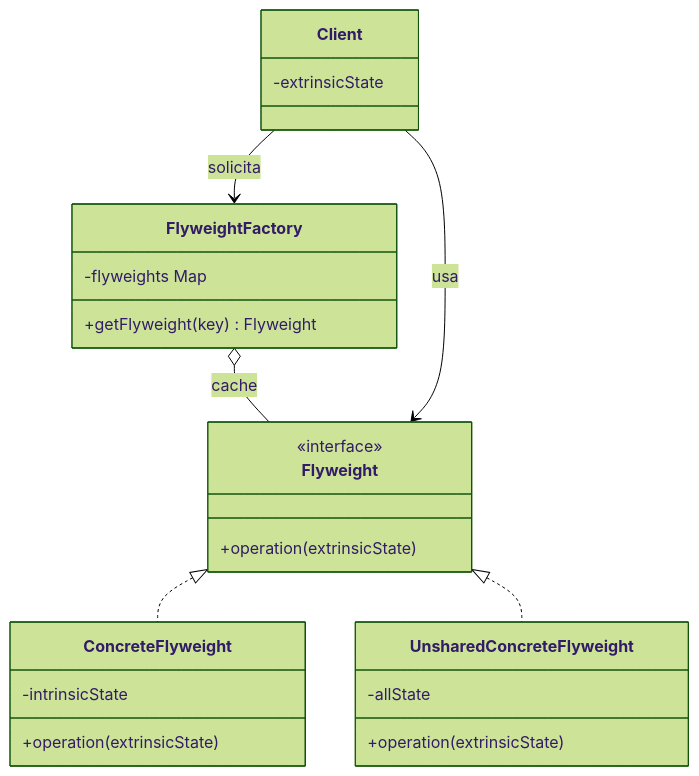
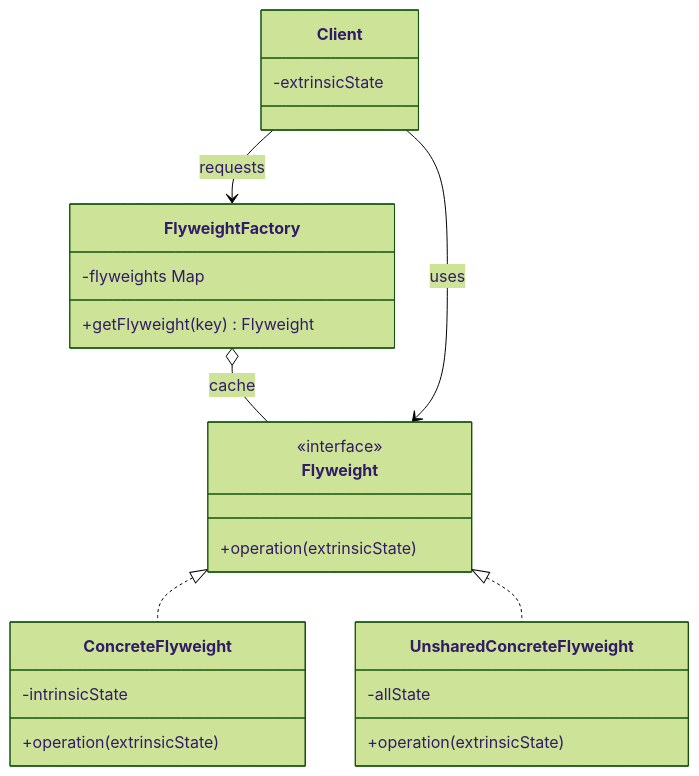
One commit to alancesar/design-patterns changed the diagram in docs/coding/gof/structural/flyweight.md. Above: the diagram before and after it, drawn with Mermaid (forest theme). The commit also changed 258 other files, not shown here.

First line of the commit message:
Translate Mermaid diagrams to English

````diff
--- a/docs/coding/gof/structural/flyweight.md
+++ b/docs/coding/gof/structural/flyweight.md
@@ -57,27 +57,27 @@
 ```mermaid
 classDiagram
     class Flyweight {
         <<interface>>
         +operation(extrinsicState)
     }
     class ConcreteFlyweight {
         -intrinsicState
         +operation(extrinsicState)
     }
     class UnsharedConcreteFlyweight {
         -allState
         +operation(extrinsicState)
     }
     class FlyweightFactory {
         -flyweights Map
         +getFlyweight(key) Flyweight
     }
     class Client {
         -extrinsicState
     }
     Flyweight <|.. ConcreteFlyweight
     Flyweight <|.. UnsharedConcreteFlyweight
     FlyweightFactory o-- Flyweight : cache
-    Client --> FlyweightFactory : solicita
-    Client --> Flyweight : usa
+    Client --> FlyweightFactory : requests
+    Client --> Flyweight : uses
 ```
````
